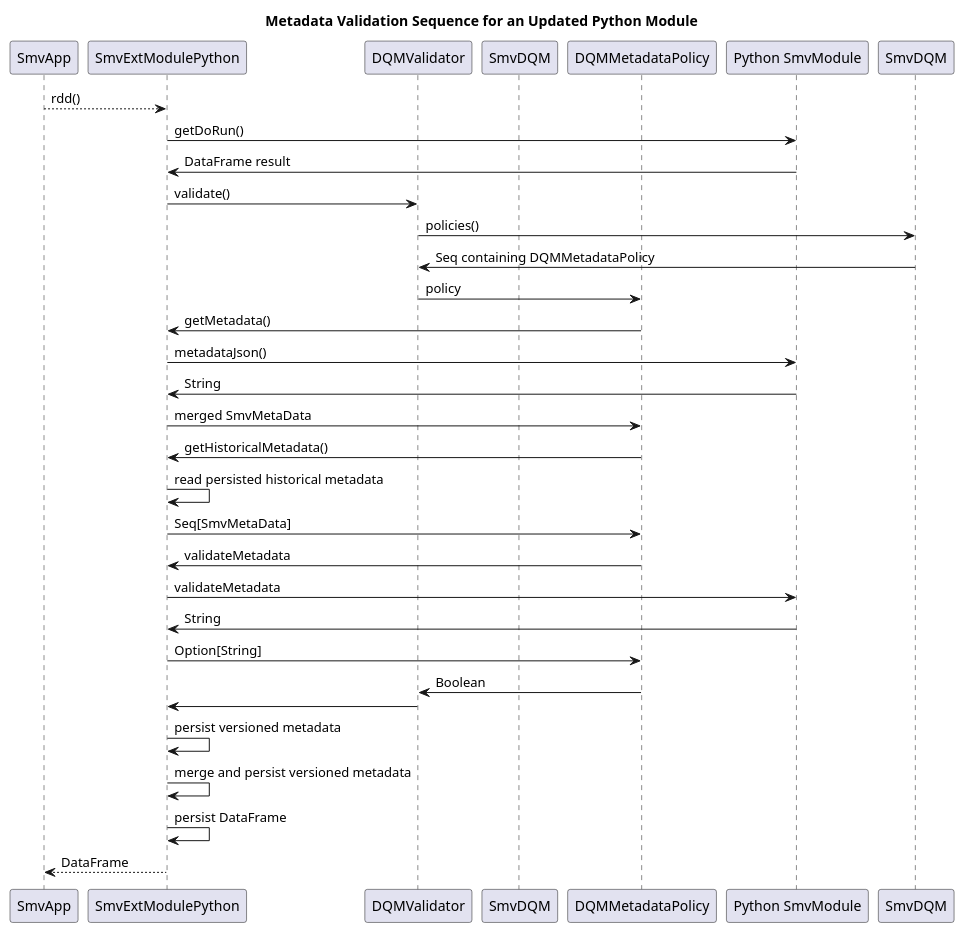
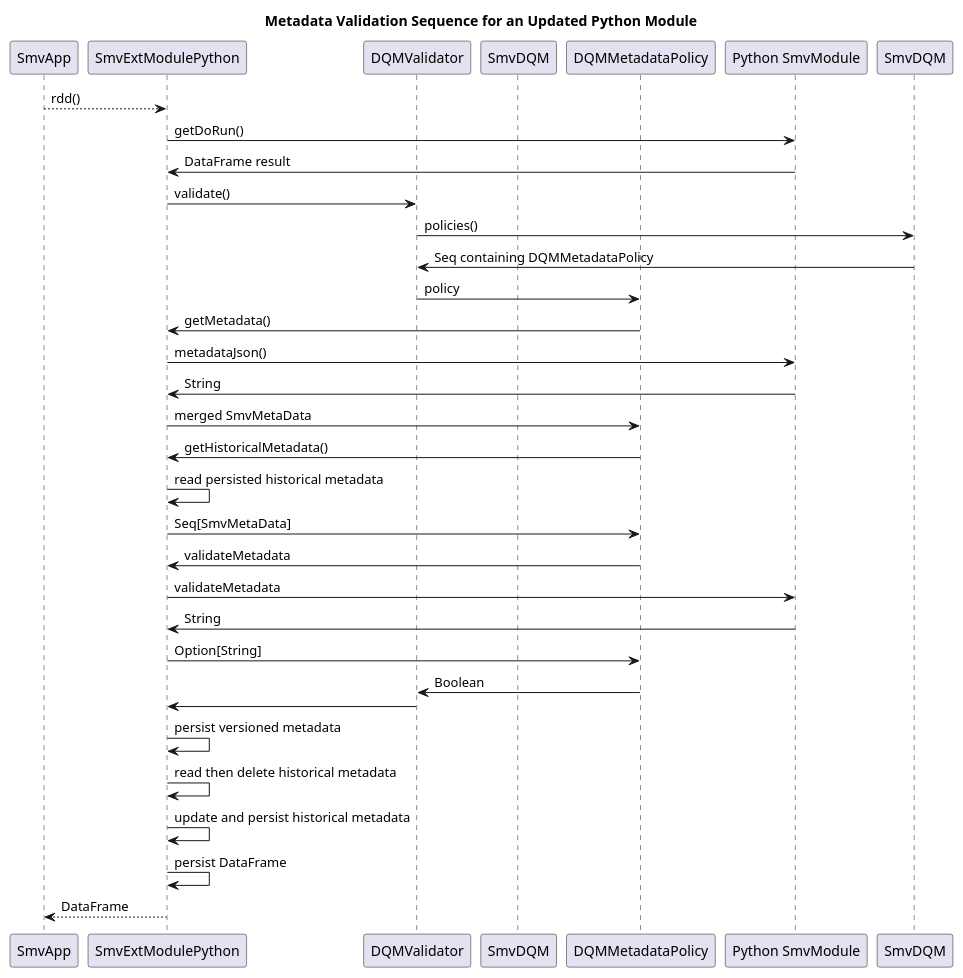
Before and after one commit to TresAmigosSD/SMV: the diagram in docs/dev/Validator/validation_seq.puml, drawn with PlantUML. The commit also changed 1 other file, not shown here.

Commit message:
update metadata validation dev docs (#1000)

```diff
--- a/docs/dev/Validator/validation_seq.puml
+++ b/docs/dev/Validator/validation_seq.puml
@@ -1,36 +1,37 @@
 @startuml
 title Metadata Validation Sequence for an Updated Python Module
 
 Participant "SmvApp" as app
 Participant "SmvExtModulePython" as extmod
 Participant "DQMValidator" as val
 Participant "SmvDQM" as dqm
 Participant "DQMMetadataPolicy" as pol
 Participant "Python SmvModule" as pymod
 
 app --> extmod: rdd()
 extmod -> pymod: getDoRun()
 extmod <- pymod: DataFrame result
 extmod -> val: validate()
 val -> SmvDQM: policies()
 val <- SmvDQM: Seq containing DQMMetadataPolicy
 val -> pol: policy
 pol -> extmod: getMetadata()
 extmod -> pymod: metadataJson()
 extmod <- pymod: String
 pol <- extmod: merged SmvMetaData
 pol -> extmod: getHistoricalMetadata()
 extmod -> extmod: read persisted historical metadata
 pol <- extmod: Seq[SmvMetaData]
 pol -> extmod: validateMetadata
 extmod -> pymod: validateMetadata
 extmod <- pymod: String
 pol <- extmod: Option[String]
 val <- pol: Boolean
 extmod <- val:
 extmod -> extmod: persist versioned metadata
-extmod -> extmod: merge and persist versioned metadata
+extmod -> extmod: read then delete historical metadata
+extmod -> extmod: update and persist historical metadata
 extmod -> extmod: persist DataFrame
 app <-- extmod: DataFrame
 
 @enduml
```
